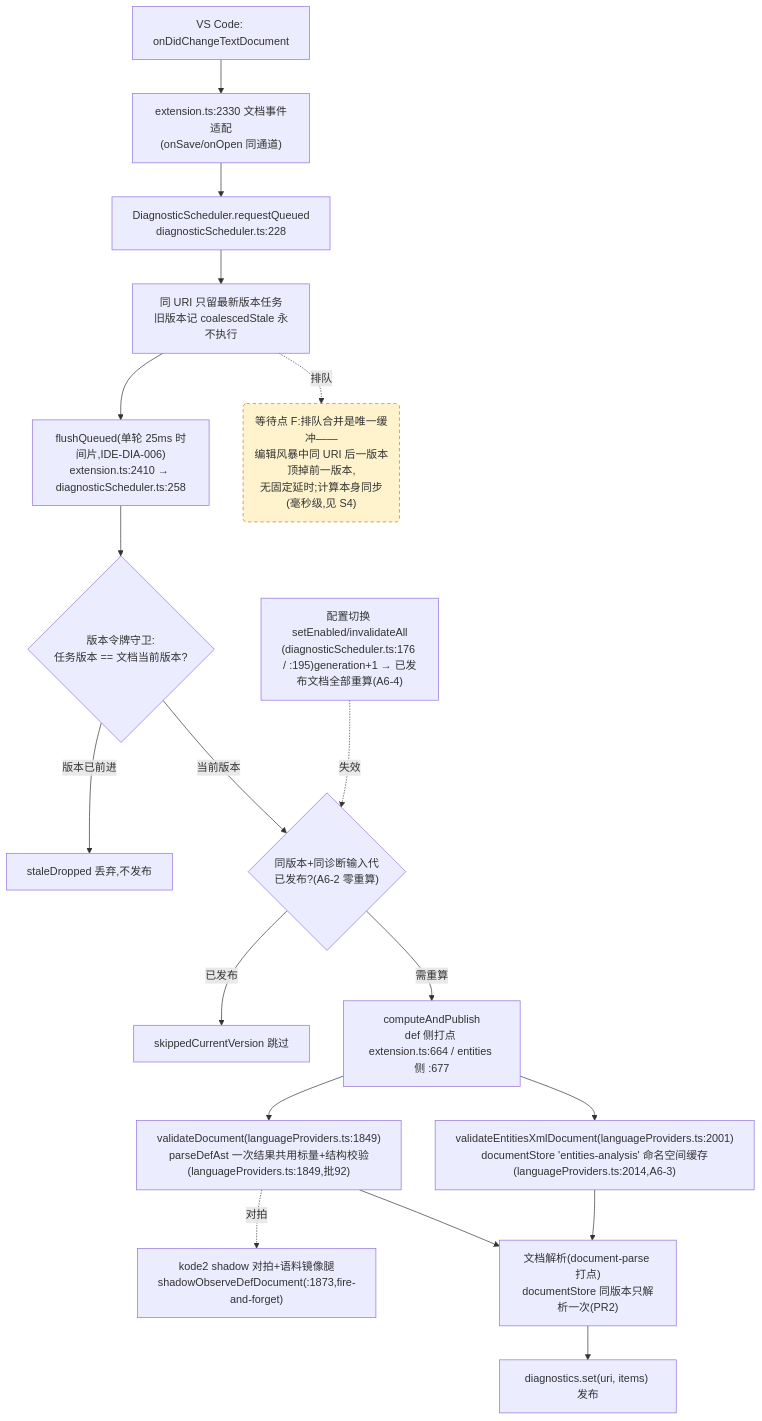
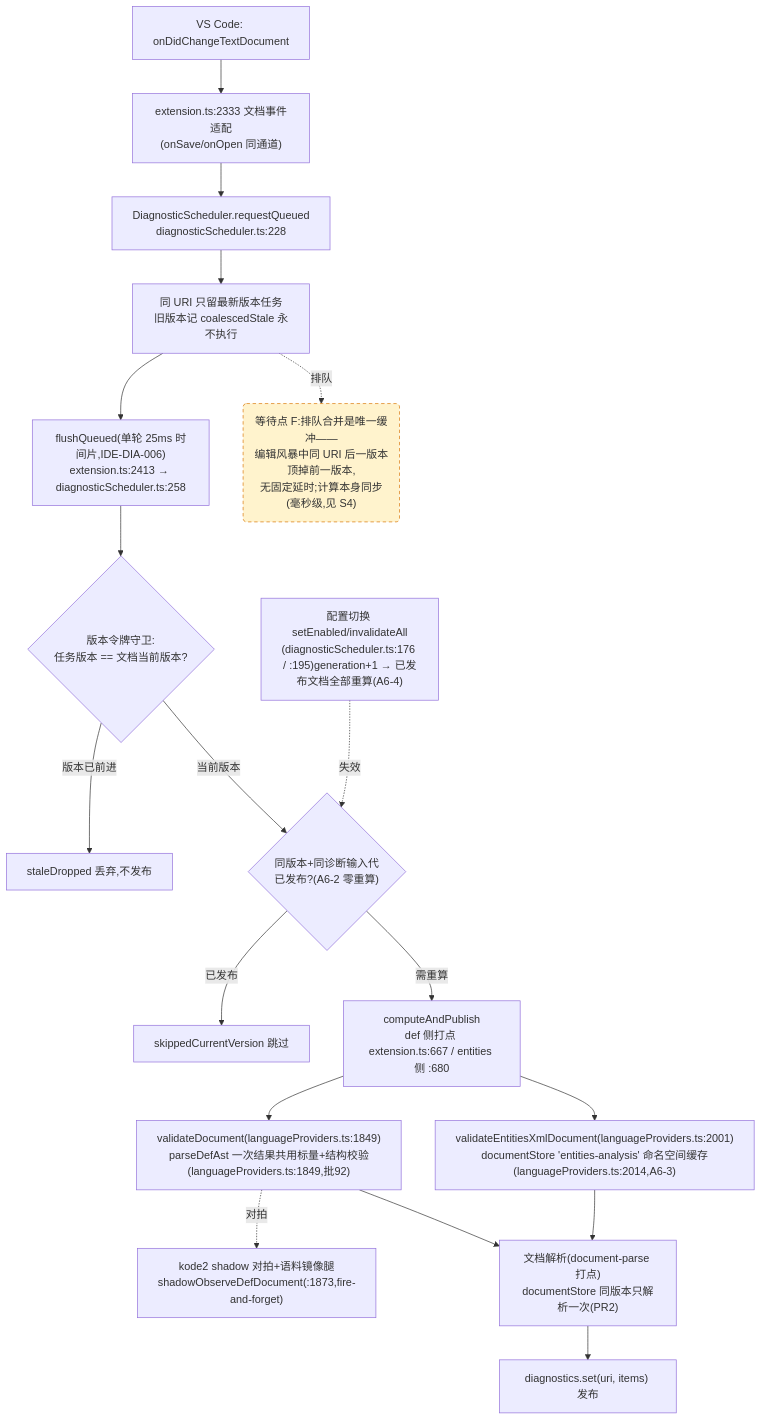
One commit to cuihairu/kode changed the fourth of 4 diagrams in docs/perf/2026-baseline.md. Above: the diagram before and after it, drawn with Mermaid. The commit also changed other lines of this file and 6 other files, not shown here.

````diff
--- a/docs/perf/2026-baseline.md
+++ b/docs/perf/2026-baseline.md
@@ -214,38 +214,38 @@
 ```mermaid
 flowchart TD
   CHG["VS Code: onDidChangeTextDocument"]
-  WATCH["extension.ts:2330 文档事件适配<br/>(onSave/onOpen 同通道)"]
+  WATCH["extension.ts:2333 文档事件适配<br/>(onSave/onOpen 同通道)"]
   RQ["DiagnosticScheduler.requestQueued<br/>diagnosticScheduler.ts:228"]
   CO["同 URI 只留最新版本任务<br/>旧版本记 coalescedStale 永不执行"]
-  FL["flushQueued(单轮 25ms 时间片,IDE-DIA-006)<br/>extension.ts:2410 → diagnosticScheduler.ts:258"]
+  FL["flushQueued(单轮 25ms 时间片,IDE-DIA-006)<br/>extension.ts:2413 → diagnosticScheduler.ts:258"]
   VG{"版本令牌守卫:<br/>任务版本 == 文档当前版本?"}
   DROP["staleDropped 丢弃,不发布"]
   GEN{"同版本+同诊断输入代<br/>已发布?(A6-2 零重算)"}
   SKIP["skippedCurrentVersion 跳过"]
-  CALC["computeAndPublish<br/>def 侧打点 extension.ts:664 / entities 侧 :677"]
+  CALC["computeAndPublish<br/>def 侧打点 extension.ts:667 / entities 侧 :680"]
   VD["validateDocument(languageProviders.ts:1849)<br/>parseDefAst 一次结果共用标量+结构校验(languageProviders.ts:1849,批92)"]
   VEX["validateEntitiesXmlDocument(languageProviders.ts:2001)<br/>documentStore 'entities-analysis' 命名空间缓存(languageProviders.ts:2014,A6-3)"]
   SHDD["kode2 shadow 对拍+语料镜像腿<br/>shadowObserveDefDocument(:1873,fire-and-forget)"]
   DS["文档解析(document-parse 打点)<br/>documentStore 同版本只解析一次(PR2)"]
   PUB["diagnostics.set(uri, items) 发布"]
   CFG2["配置切换 setEnabled/invalidateAll<br/>(diagnosticScheduler.ts:176 / :195)generation+1 → 已发布文档全部重算(A6-4)"]
 
   CHG --> WATCH --> RQ --> CO --> FL --> VG
   VG -- "版本已前进" --> DROP
   VG -- "当前版本" --> GEN
   GEN -- "已发布" --> SKIP
   GEN -- "需重算" --> CALC
   CALC --> VD
   CALC --> VEX
   VD --> DS
   VEX --> DS
   DS --> PUB
   VD -.->|对拍| SHDD
   CFG2 -.->|失效| GEN
 
   WAITF("等待点 F:排队合并是唯一缓冲——<br/>编辑风暴中同 URI 后一版本顶掉前一版本,<br/>无固定延时;计算本身同步(毫秒级,见 S4)")
   CO -.->|排队| WAITF
 
   classDef waitPoint fill:#fff3cd,stroke:#d97706,stroke-dasharray:5 4;
   class WAITF waitPoint;
 ```
````
